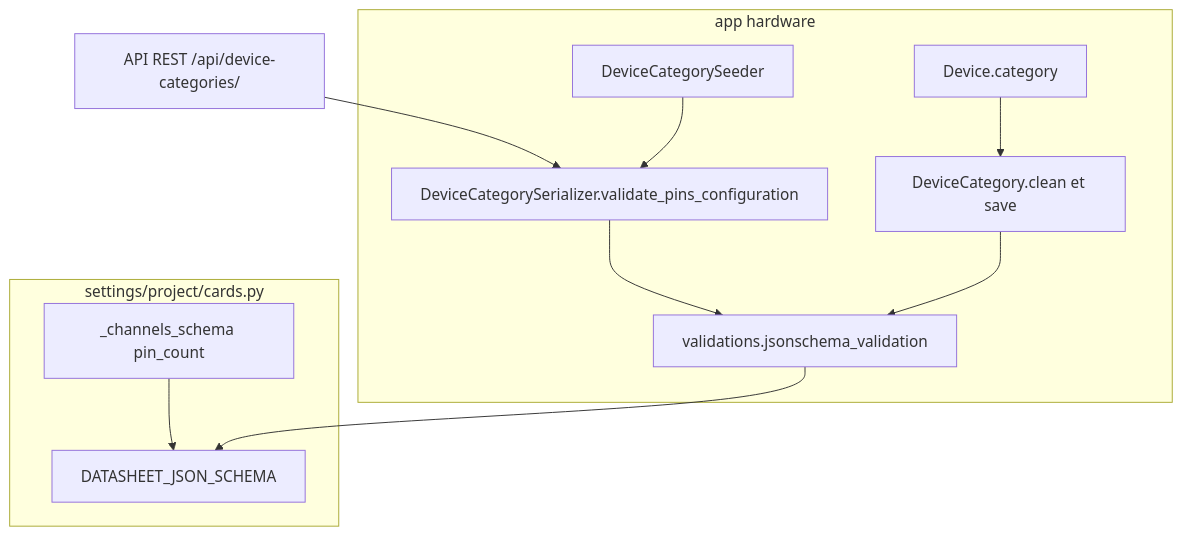
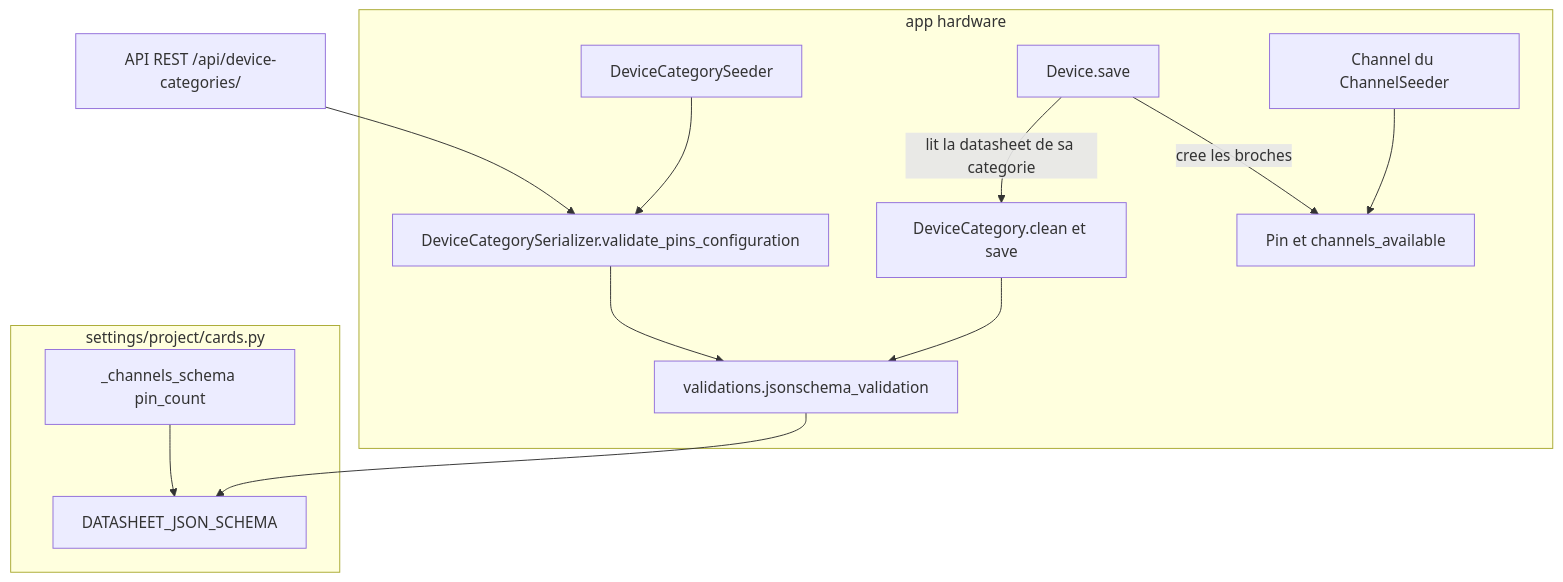
The first of 3 diagrams in docs/features/pins-configuration.md (riderflo85/gardenIQ-back), drawn with Mermaid before and after one commit. The commit also changed other lines of this file, not shown here.

Commit message:
(TK-74)(docs) - hardware: Document the pins created from the datasheet

````diff
--- a/docs/features/pins-configuration.md
+++ b/docs/features/pins-configuration.md
@@ -17,21 +17,25 @@
 ```mermaid
 flowchart TD
     subgraph settings[settings/project/cards.py]
         CH[_channels_schema pin_count]
         SCHEMA[DATASHEET_JSON_SCHEMA]
     end
     subgraph hardware[app hardware]
         VALID[validations.jsonschema_validation]
         SER[DeviceCategorySerializer.validate_pins_configuration]
         MODEL[DeviceCategory.clean et save]
-        DEV[Device.category]
+        DEV[Device.save]
         SEED[DeviceCategorySeeder]
+        CHAN[Channel du ChannelSeeder]
+        PIN[Pin et channels_available]
     end
     API[API REST /api/device-categories/] --> SER
     SEED --> SER
     CH --> SCHEMA
     SER --> VALID
     MODEL --> VALID
     VALID --> SCHEMA
-    DEV --> MODEL
+    DEV -->|lit la datasheet de sa categorie| MODEL
+    DEV -->|cree les broches| PIN
+    CHAN --> PIN
 ```
````
